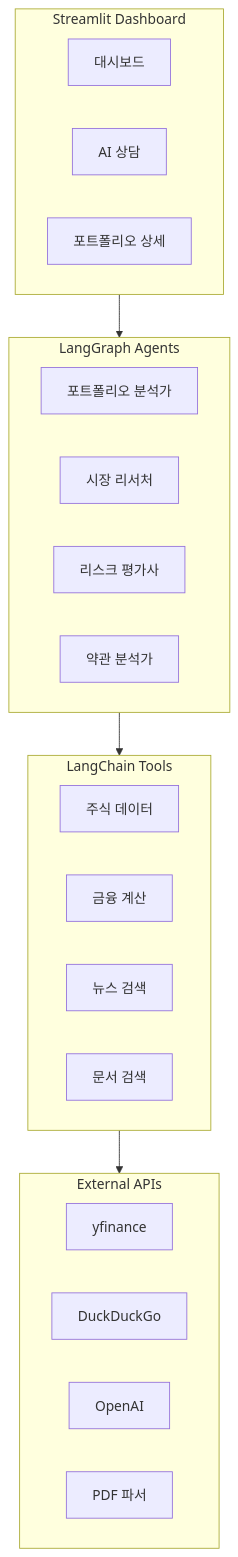
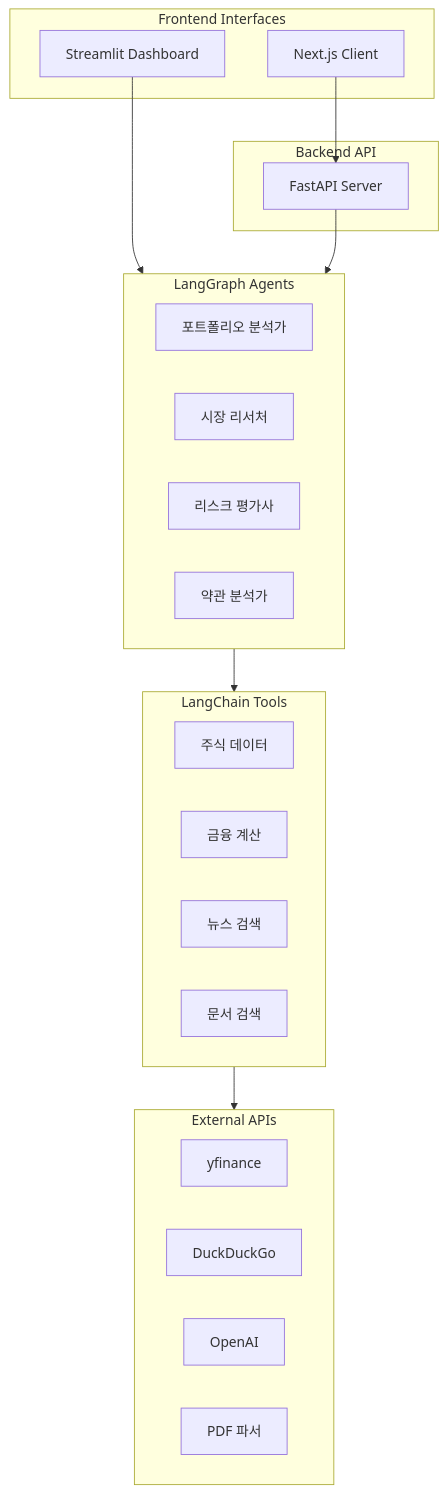
Before and after one commit to Sssss-Mmm/langchain: the diagram in Projects/AI_Portfolio_Dashboard/README.md, drawn with Mermaid. The commit also changed other lines of this file, not shown here.

````diff
--- a/Projects/AI_Portfolio_Dashboard/README.md
+++ b/Projects/AI_Portfolio_Dashboard/README.md
@@ -63,34 +64,39 @@
 ```mermaid
 graph TB
-    subgraph UI["Streamlit Dashboard"]
-        Dashboard[대시보드]
-        Chat[AI 상담]
-        Detail[포트폴리오 상세]
+    subgraph Frontend["Frontend Interfaces"]
+        Streamlit[Streamlit Dashboard]
+        NextJS[Next.js Client]
+    end
+
+    subgraph Backend["Backend API"]
+        FastAPI[FastAPI Server]
     end
 
     subgraph Agents["LangGraph Agents"]
         PA[포트폴리오 분석가]
         MR[시장 리서처]
         RA[리스크 평가사]
         TA[약관 분석가]
     end
 
     subgraph Tools["LangChain Tools"]
         Stock[주식 데이터]
         Calc[금융 계산]
         News[뉴스 검색]
         RAG[문서 검색]
     end
 
     subgraph External["External APIs"]
         YF[yfinance]
         DDG[DuckDuckGo]
         OAI[OpenAI]
         PDF[PDF 파서]
     end
 
 
-    UI --> Agents
+    Streamlit --> Agents
+    NextJS --> FastAPI
+    FastAPI --> Agents
     Agents --> Tools
     Tools --> External
 ```
````
